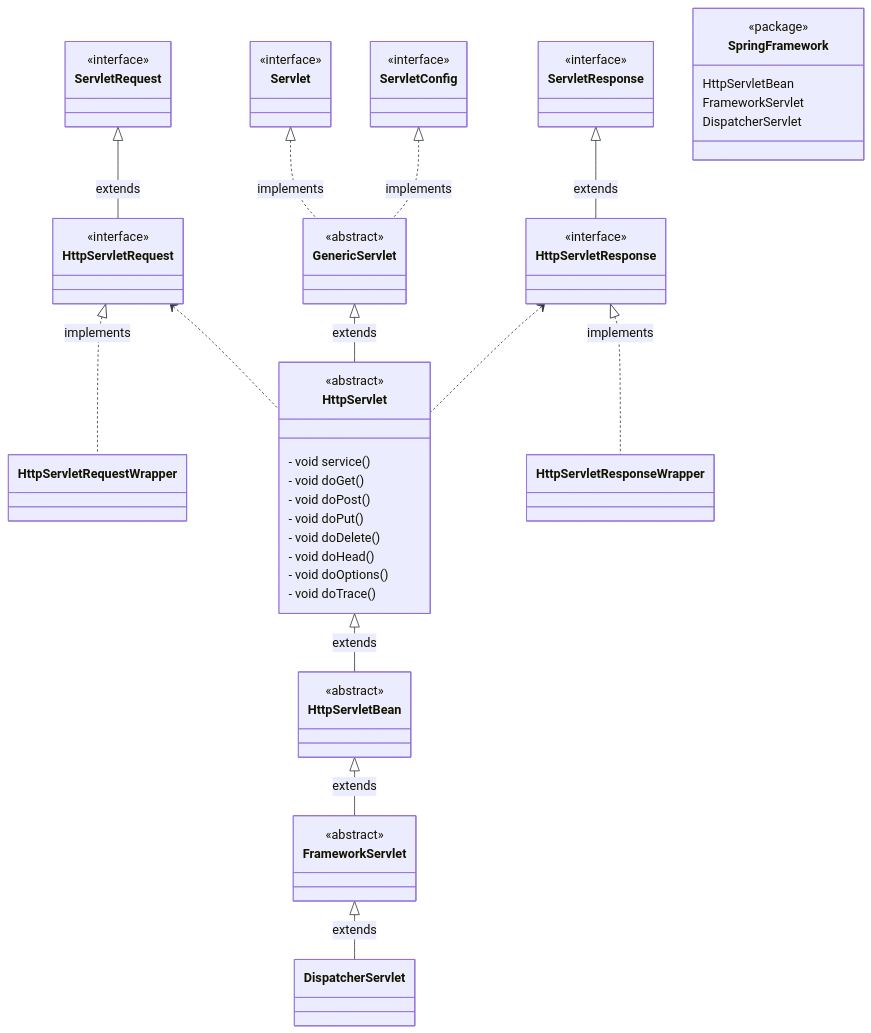
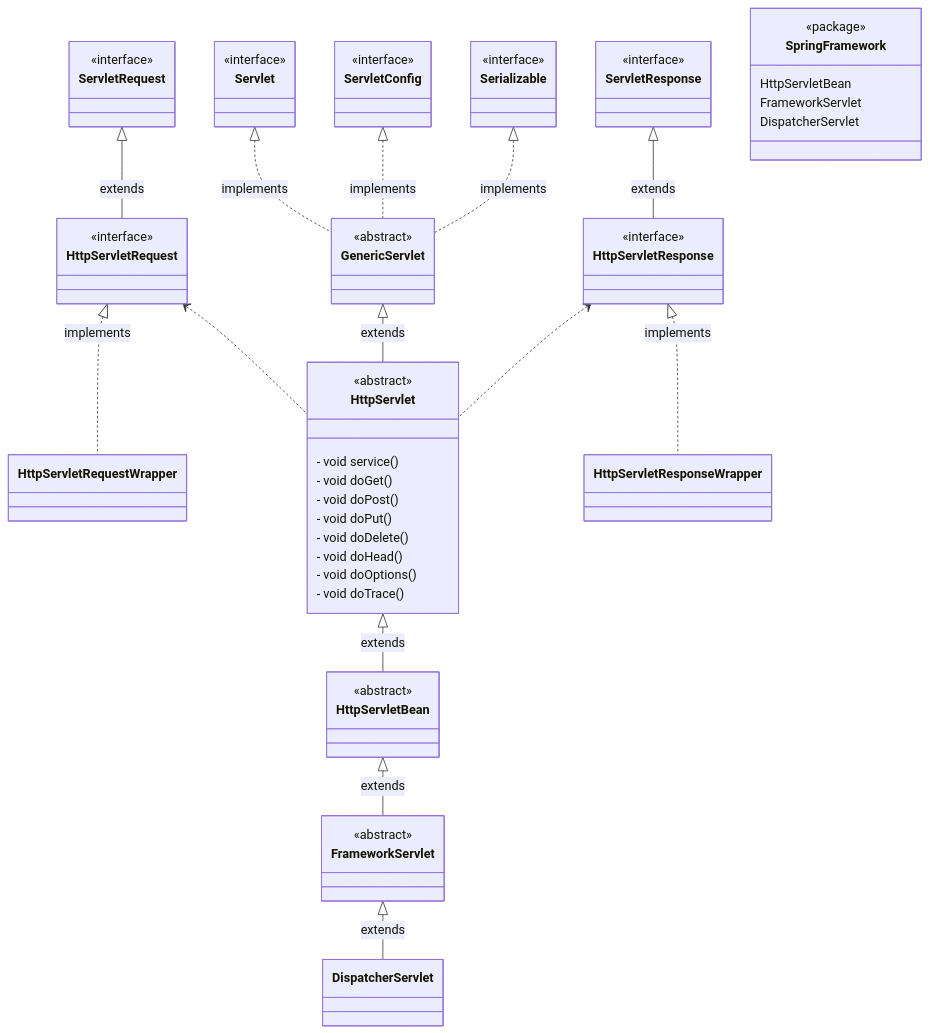
One commit to Kimhan-nah/java-playground changed the diagram in docs/server/servlet.md. Above: the diagram before and after it, drawn with Mermaid. The commit also changed other lines of this file and 1 other file, not shown here.

Commit message:
HttpServlet override

```diff
--- a/docs/server/servlet.md
+++ b/docs/server/servlet.md
@@ -43,6 +43,10 @@
     class ServletConfig {
         <<interface>>
     }
+    
+     class Serializable {
+        <<interface>>
+     }
 
     class GenericServlet {
         <<abstract>>
@@ -90,6 +94,7 @@
 
     Servlet <|.. GenericServlet : implements
     ServletConfig <|.. GenericServlet : implements
+    Serializable <|.. GenericServlet : implements
     HttpServletRequest <.. HttpServlet
 
     GenericServlet <|-- HttpServlet : extends
```
